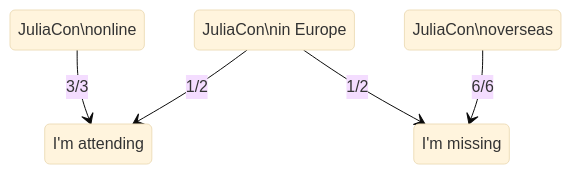
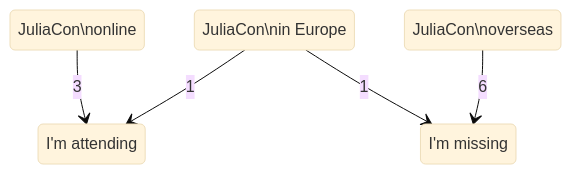
One commit to gdalle/JuliaCon2024-HMM changed the second of 2 diagrams in index.qmd. Above: the diagram before and after it, drawn with Mermaid (base theme). The commit also changed other lines of this file and 4 other files, not shown here.

````diff
--- a/index.qmd
+++ b/index.qmd
@@ -110,13 +110,13 @@
 ```{mermaid}
 %%| echo: false
 stateDiagram-v2
   state "JuliaCon\nonline" as online
   state "JuliaCon\nin Europe" as europe
   state "JuliaCon\noverseas" as overseas
   state "I'm attending" as attending
   state "I'm missing" as missing
-  online --> attending: 3/3
-  overseas --> missing: 6/6
-  europe --> attending: 1/2
-  europe --> missing: 1/2
+  online --> attending: 3
+  overseas --> missing: 6
+  europe --> attending: 1
+  europe --> missing: 1
 ```
````
